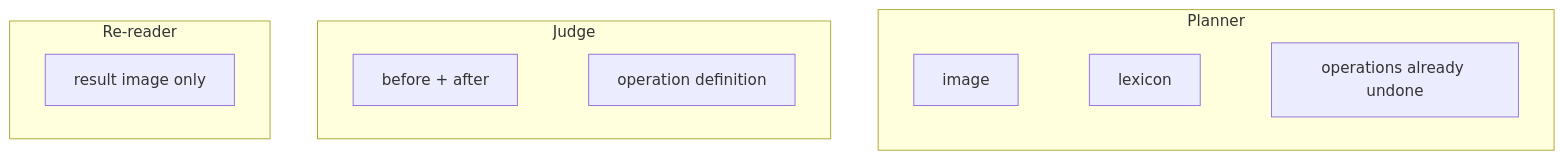
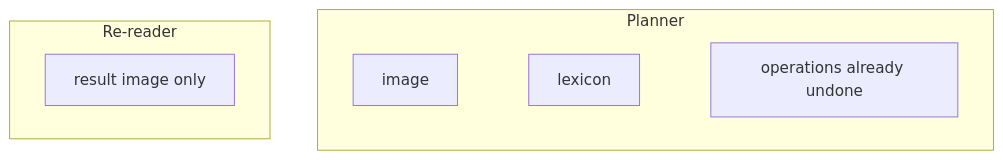
One commit to rbatra2000/backslash_art changed the fourth of 6 diagrams in docs/architecture.md. Above: the diagram before and after it, drawn with Mermaid. The commit also changed other lines of this file and 7 other files, not shown here.

````diff
--- a/docs/architecture.md
+++ b/docs/architecture.md
@@ -52,12 +46,9 @@
 ```mermaid
 flowchart TB
     subgraph Planner
         p1[image] ~~~ p2[lexicon] ~~~ p3[operations already undone]
     end
-    subgraph Judge
-        j1[before + after] ~~~ j2[operation definition]
-    end
     subgraph Re-reader
         r1[result image only]
     end
 ```
````
